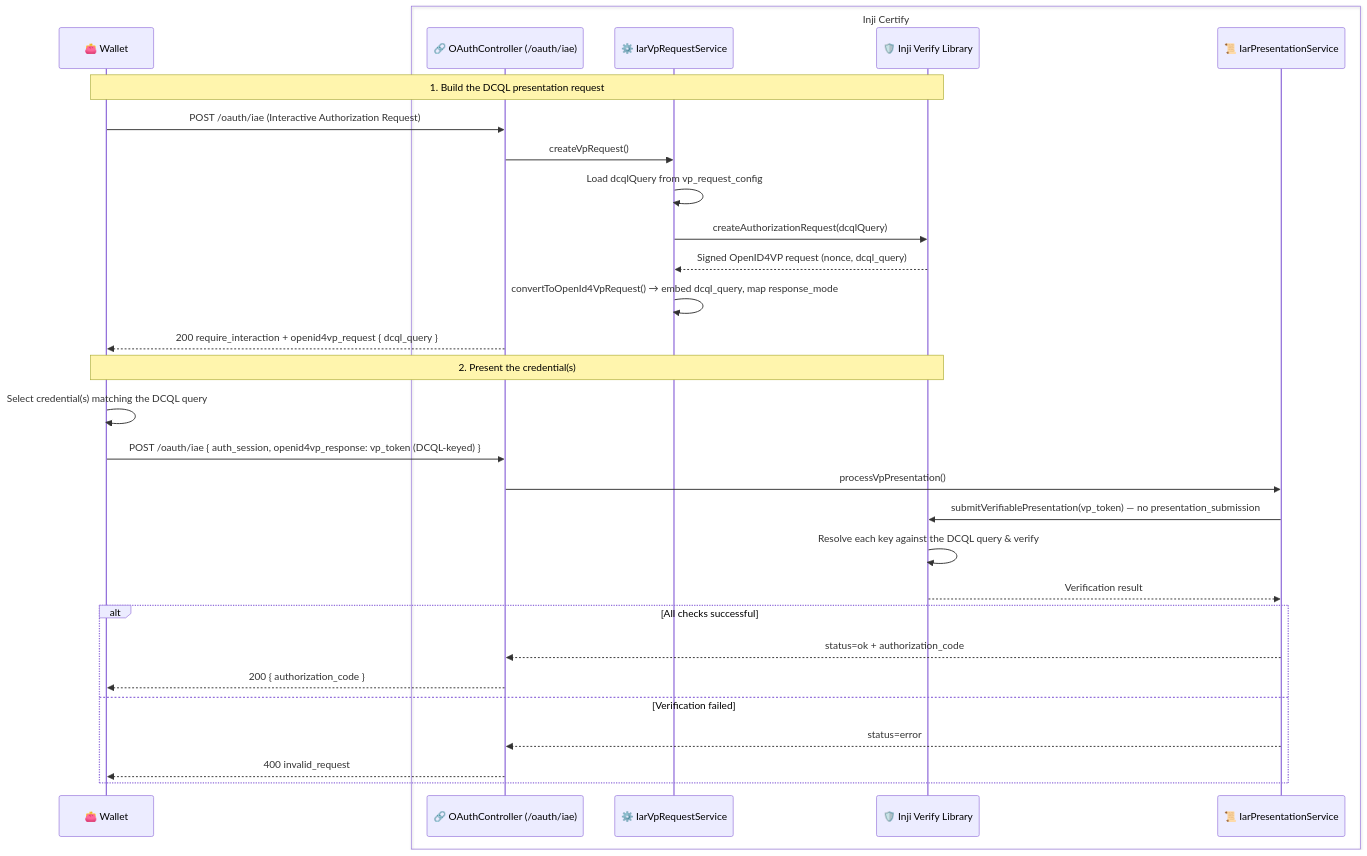
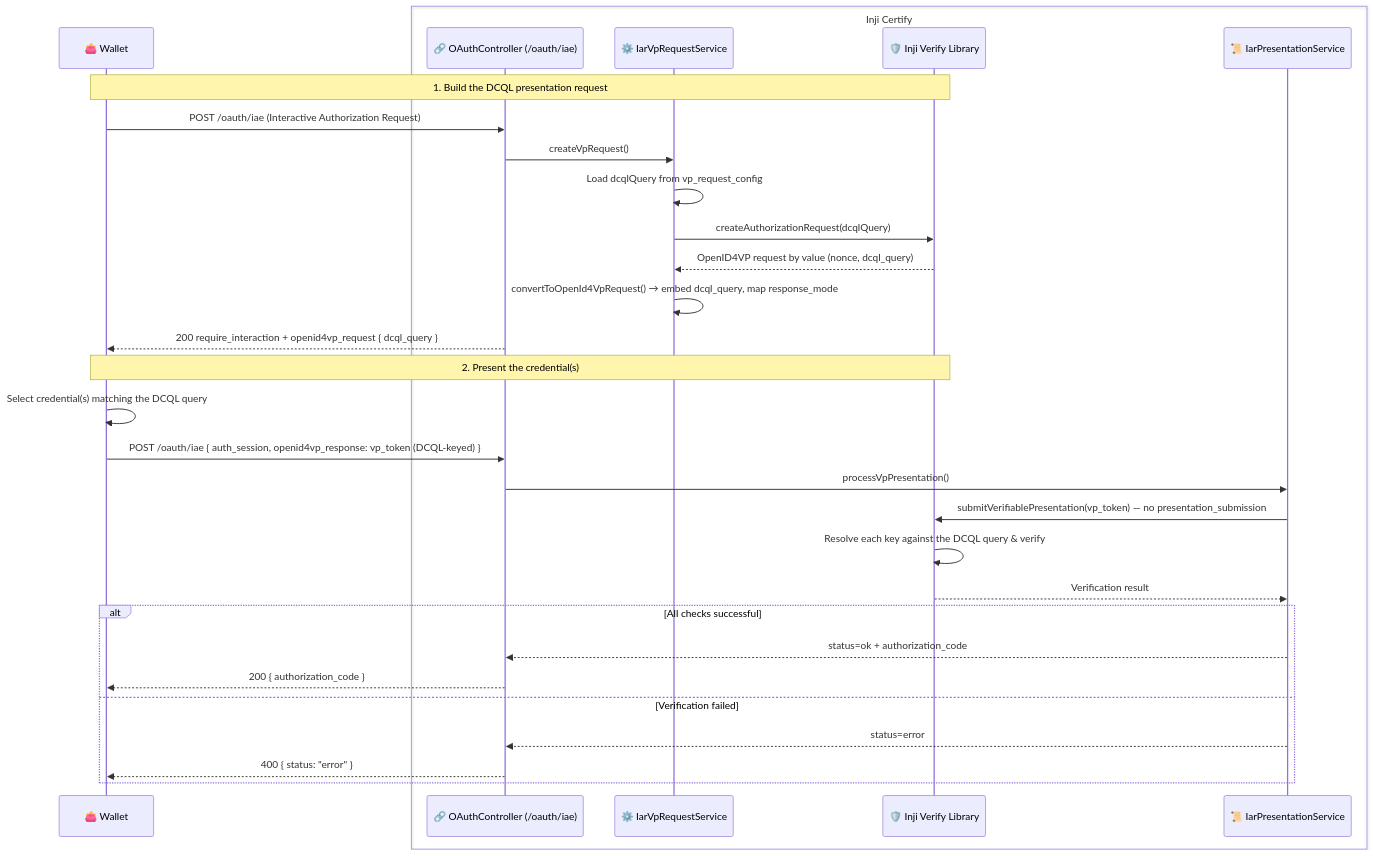
The diagram in docs/technical_docs/DCQL_Support.md (Infosys/inji-certify), drawn with Mermaid before and after one commit. The commit also changed other lines of this file and 4 other files, not shown here.

````diff
--- a/docs/technical_docs/DCQL_Support.md
+++ b/docs/technical_docs/DCQL_Support.md
@@ -112,34 +112,34 @@
 ```mermaid
 sequenceDiagram
     participant W as 👛 Wallet
     box Inji Certify #E6F3FF
     participant OAuth as 🔗 OAuthController (/oauth/iae)
     participant ReqSvc as ⚙️ IarVpRequestService
     participant Verify as 🛡️ Inji Verify Library
     participant PresSvc as 📜 IarPresentationService
     end
 
     Note over W,Verify: 1. Build the DCQL presentation request
     W->>OAuth: POST /oauth/iae (Interactive Authorization Request)
     OAuth->>ReqSvc: createVpRequest()
     ReqSvc->>ReqSvc: Load dcqlQuery from vp_request_config
     ReqSvc->>Verify: createAuthorizationRequest(dcqlQuery)
-    Verify-->>ReqSvc: Signed OpenID4VP request (nonce, dcql_query)
+    Verify-->>ReqSvc: OpenID4VP request by value (nonce, dcql_query)
     ReqSvc->>ReqSvc: convertToOpenId4VpRequest() → embed dcql_query, map response_mode
     OAuth-->>W: 200 require_interaction + openid4vp_request { dcql_query }
 
     Note over W,Verify: 2. Present the credential(s)
     W->>W: Select credential(s) matching the DCQL query
     W->>OAuth: POST /oauth/iae { auth_session, openid4vp_response: vp_token (DCQL-keyed) }
     OAuth->>PresSvc: processVpPresentation()
     PresSvc->>Verify: submitVerifiablePresentation(vp_token) — no presentation_submission
     Verify->>Verify: Resolve each key against the DCQL query & verify
     Verify-->>PresSvc: Verification result
     alt All checks successful
         PresSvc-->>OAuth: status=ok + authorization_code
         OAuth-->>W: 200 { authorization_code }
     else Verification failed
         PresSvc-->>OAuth: status=error
-        OAuth-->>W: 400 invalid_request
+        OAuth-->>W: 400 { status: "error" }
     end
 ```
````
